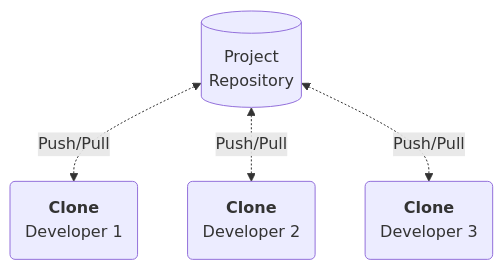
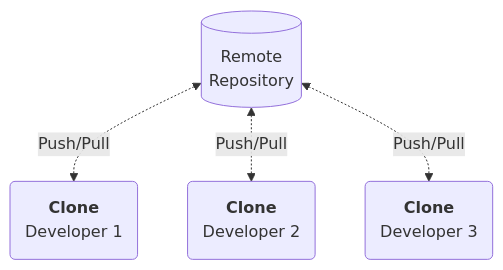
The first of 2 diagrams in docs/remote_repos/clone_fork.md (LPvdT/git-for-colleagues), drawn with Mermaid before and after one commit. The commit also changed other lines of this file and 2 other files, not shown here.

Commit message:
Change: Some work on remote repos section

````diff
--- a/docs/remote_repos/clone_fork.md
+++ b/docs/remote_repos/clone_fork.md
@@ -19,6 +21,6 @@
 ```mermaid
 flowchart TB
-  R[(Project<br />Repository)] <-. Push/Pull .-> C_1(<b>Clone</b><br/>Developer 1)
+  R[(Remote<br />Repository)] <-. Push/Pull .-> C_1(<b>Clone</b><br/>Developer 1)
   R <-. Push/Pull .-> C_2(<b>Clone</b><br/>Developer 2)
   R <-. Push/Pull .-> C_3(<b>Clone</b><br/>Developer 3)
 ```
````
